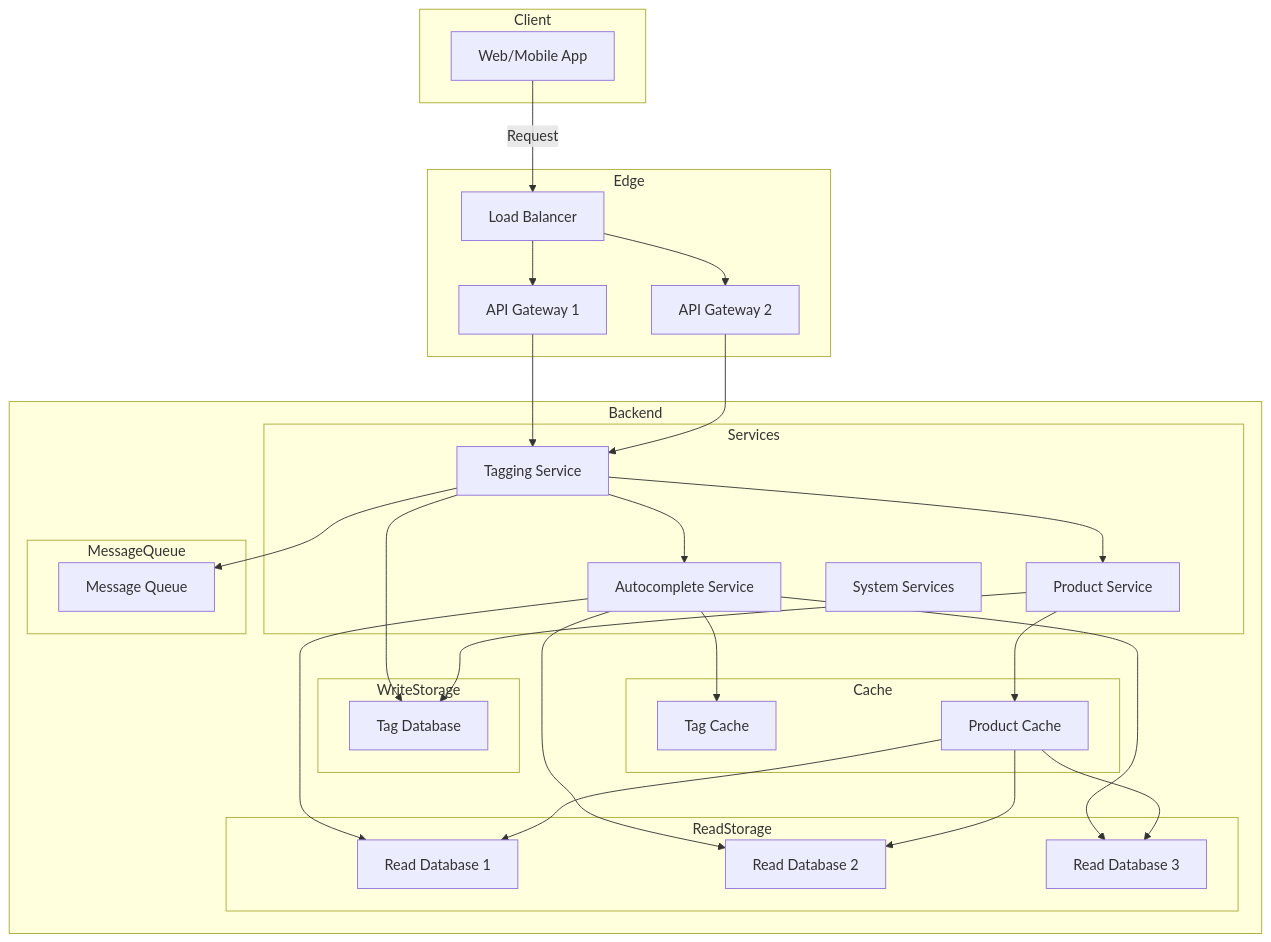
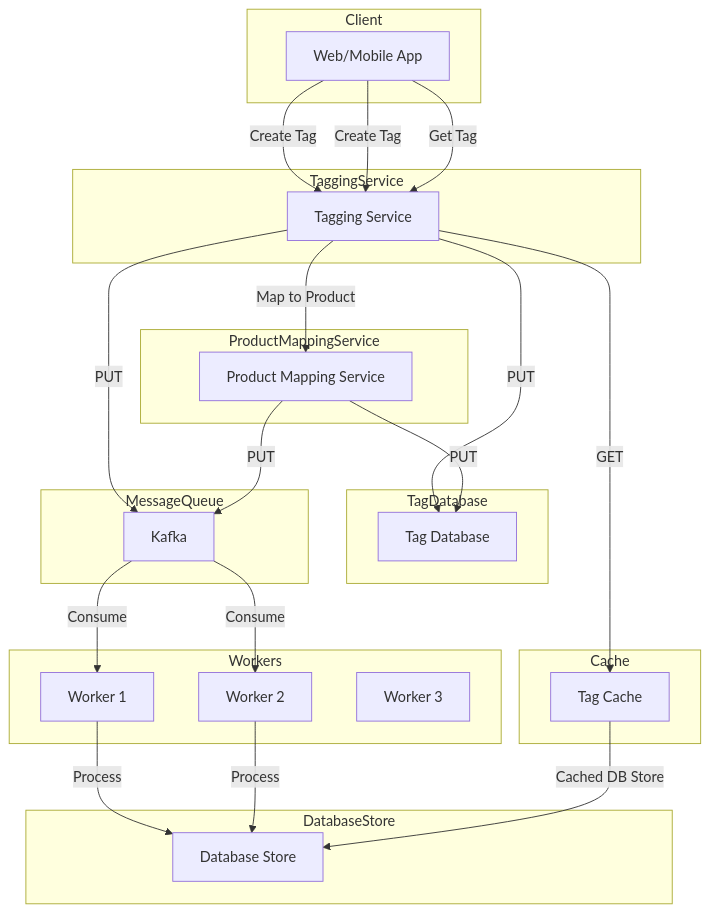
One commit to getkub/python_api_apps changed the diagram in interview_questions/design/tagging_2.md. Above: the diagram before and after it, drawn with Mermaid. The commit also changed other lines of this file, not shown here.

Commit message:
tagging2 design 2

````diff
--- a/interview_questions/design/tagging_2.md
+++ b/interview_questions/design/tagging_2.md
@@ -23,61 +20,55 @@
 ```mermaid
 
 graph TD
     subgraph Client
         C[Web/Mobile App]
     end
 
-    subgraph Edge
-        LB[Load Balancer]
-        AG1[API Gateway 1]
-        AG2[API Gateway 2]
+    subgraph TaggingService
+        TS[Tagging Service]
     end
 
-    subgraph Backend
-        subgraph Services
-            TS[Tagging Service]
-            PS[Product Service]
-            AS[Autocomplete Service]
-            SSS[System Services]
-        end
-
-        subgraph WriteStorage
-            TDB[Tag Database]
-        end
-
-        subgraph ReadStorage
-            RDB1[Read Database 1]
-            RDB2[Read Database 2]
-            RDB3[Read Database 3]
-        end
-
-        subgraph Cache
-            TC[Tag Cache]
-            PC[Product Cache]
-        end
-
-        subgraph MessageQueue
-            MQ[Message Queue]
-        end
+    subgraph ProductMappingService
+        PMS[Product Mapping Service]
     end
 
-    C--Request-->LB
-    LB-->AG1
-    LB-->AG2
-    AG1-->TS
-    AG2-->TS
-    TS-->TDB
-    TS-->MQ
-    TS-->AS
-    AS-->TC
-    AS-->RDB1
-    AS-->RDB2
-    AS-->RDB3
-    TS-->PS
-    PS-->TDB
-    PS-->PC
-    PC-->RDB1
-    PC-->RDB2
-    PC-->RDB3
+    subgraph TagDatabase
+        TDB[Tag Database]
+    end
+
+    subgraph MessageQueue
+        MQ[Kafka]
+    end
+
+    subgraph Workers
+        W1[Worker 1]
+        W2[Worker 2]
+        W3[Worker 3]
+    end
+
+    subgraph DatabaseStore
+        DB[Database Store]
+    end
+
+    subgraph Cache
+        TC[Tag Cache]
+    end
+
+    C--Create Tag-->TS
+    TS-->|PUT| TDB
+    TS-->|PUT| MQ
+    MQ-->|Consume| W1
+    W1-->|Process| DB
+
+    C--Create Tag-->TS
+    TS-->|Map to Product| PMS
+    PMS-->|PUT| TDB
+    PMS-->|PUT| MQ
+    MQ-->|Consume| W2
+    W2-->|Process| DB
+
+    C--Get Tag-->TS
+    TS-->|GET| TC
+    TC-->|Cached DB Store| DB
 
 ```
````
